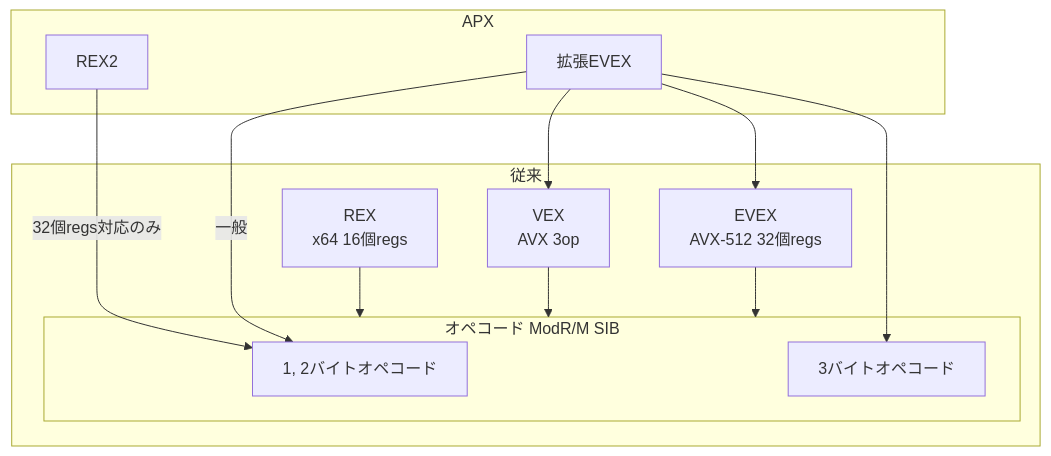
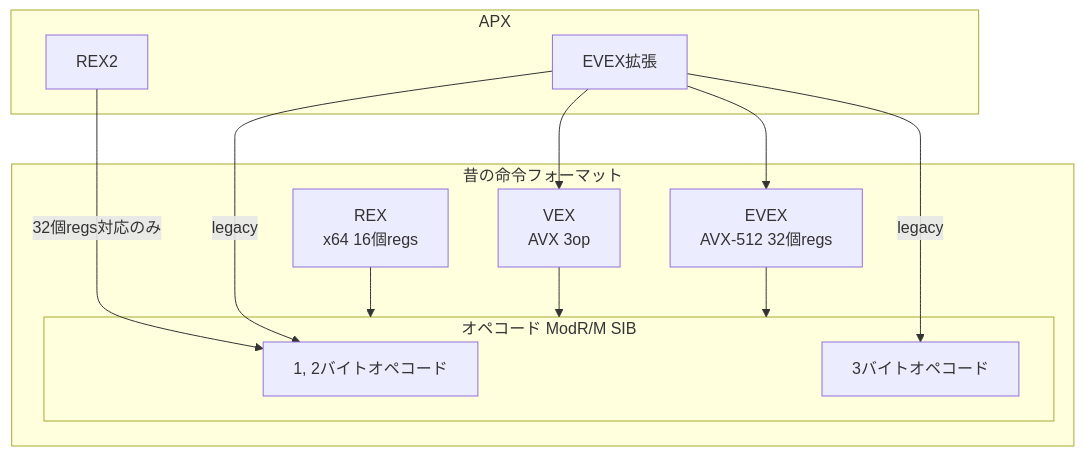
One commit to herumi/blog changed the diagram in articles/intel-apx-encoding.md. Above: the diagram before and after it, drawn with Mermaid. The commit also changed other lines of this file, not shown here.

````diff
--- a/articles/intel-apx-encoding.md
+++ b/articles/intel-apx-encoding.md
@@ -70,37 +70,37 @@
 ```mermaid
 flowchart TD
   subgraph legacy["オペコード ModR/M SIB"]
     op1["1, 2バイトオペコード"]
     op2["3バイトオペコード"]
   end
 
   REX["REX
   x64 16個regs"] --> legacy
 
   VEX["VEX
   AVX 3op"] --> legacy
 
   EVEX["EVEX
   AVX-512 32個regs"] --> legacy
 
-  REX2["REX2"] -->|32個regs対応のみ| op1
+  REX2["REX2"] -->|"32個regs対応のみ"| op1
 
-  exEVEX["拡張EVEX"] --> op2
+  exEVEX["EVEX拡張"] -->|legacy| op2
 
   exEVEX --> VEX
   exEVEX --> EVEX
-  exEVEX -->|一般| op1
+  exEVEX -->|legacy| op1
 
   subgraph APX
     REX2
     exEVEX
   end
 
-  subgraph 従来
+  subgraph 昔の命令フォーマット
     REX
     VEX
     EVEX
     legacy
   end
 
 ```
````
